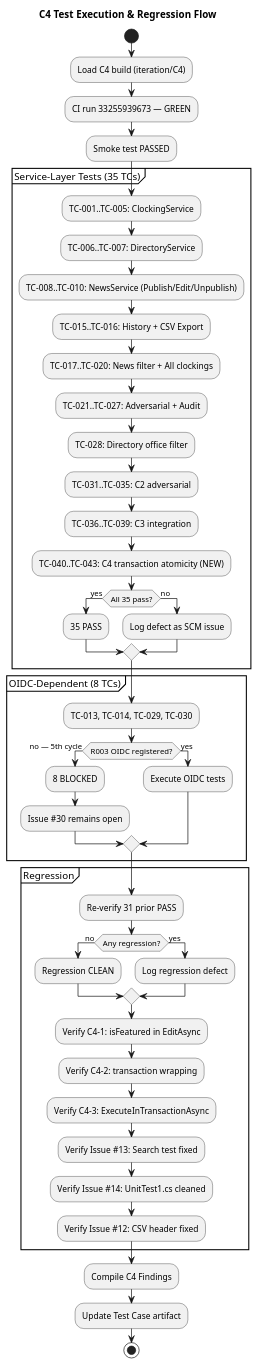
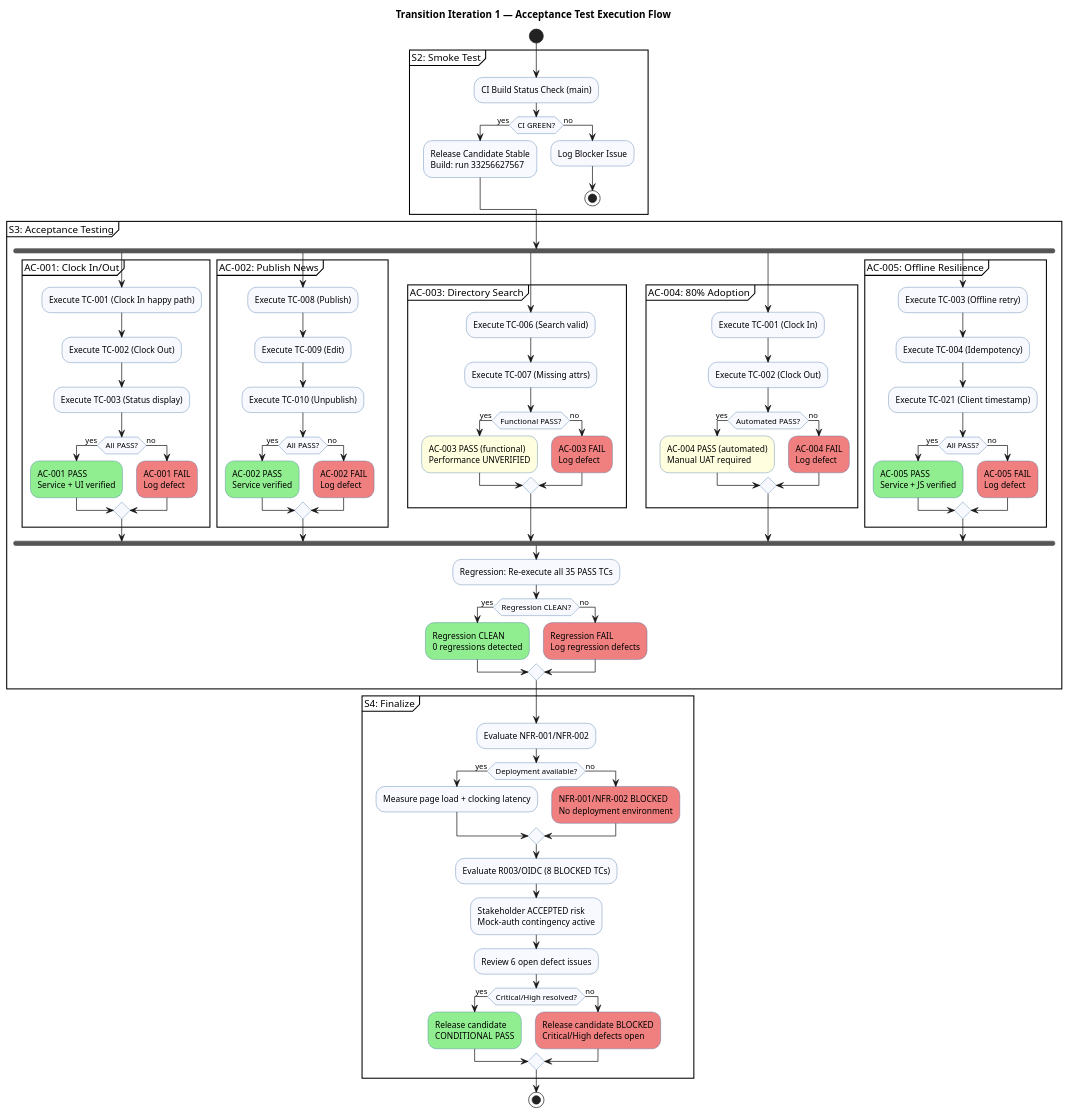
The first of 2 diagrams in docs/artifacts/test/test-case.md (banense-test/portal-cuba-corp), drawn with PlantUML before and after one commit. The commit also changed other lines of this file, not shown here.

First line of the commit message:
Tester [T1]: upsert Test Case

````diff
--- a/docs/artifacts/test/test-case.md
+++ b/docs/artifacts/test/test-case.md
@@ -54,57 +116,106 @@
 ```plantuml
 @startuml
-title C4 Test Execution & Regression Flow
+title Transition Iteration 1 — Acceptance Test Execution Flow
+
+skinparam activityBackgroundColor #F8F8FF
+skinparam activityBorderColor #336699
+skinparam shadowing false
 
 start
-:Load C4 build (iteration/C4);
-:CI run 33255939673 — GREEN;
-:Smoke test PASSED;
 
-partition "Service-Layer Tests (35 TCs)" {
-  :TC-001..TC-005: ClockingService;
-  :TC-006..TC-007: DirectoryService;
-  :TC-008..TC-010: NewsService (Publish/Edit/Unpublish);
-  :TC-015..TC-016: History + CSV Export;
-  :TC-017..TC-020: News filter + All clockings;
-  :TC-021..TC-027: Adversarial + Audit;
-  :TC-028: Directory office filter;
-  :TC-031..TC-035: C2 adversarial;
-  :TC-036..TC-039: C3 integration;
-  :TC-040..TC-043: C4 transaction atomicity (NEW);
-  if (All 35 pass?) then (yes)
-    :35 PASS;
+partition "S2: Smoke Test" {
+  :CI Build Status Check (main);
+  if (CI GREEN?) then (yes)
+    :Release Candidate Stable\nBuild: run 33256627567;
   else (no)
-    :Log defect as SCM issue;
+    :Log Blocker Issue;
+    stop
   endif
 }
 
-partition "OIDC-Dependent (8 TCs)" {
-  :TC-013, TC-014, TC-029, TC-030;
-  if (R003 OIDC registered?) then (no — 5th cycle)
-    :8 BLOCKED;
-    :Issue #30 remains open;
-  else (yes)
-    :Execute OIDC tests;
+partition "S3: Acceptance Testing" {
+  
+  fork
+    partition "AC-001: Clock In/Out" {
+      :Execute TC-001 (Clock In happy path);
+      :Execute TC-002 (Clock Out);
+      :Execute TC-003 (Status display);
+      if (All PASS?) then (yes)
+        #LightGreen:AC-001 PASS\nService + UI verified;
+      else (no)
+        #LightCoral:AC-001 FAIL\nLog defect;
+      endif
+    }
+  fork again
+    partition "AC-002: Publish News" {
+      :Execute TC-008 (Publish);
+      :Execute TC-009 (Edit);
+      :Execute TC-010 (Unpublish);
+      if (All PASS?) then (yes)
+        #LightGreen:AC-002 PASS\nService verified;
+      else (no)
+        #LightCoral:AC-002 FAIL\nLog defect;
+      endif
+    }
+  fork again
+    partition "AC-003: Directory Search" {
+      :Execute TC-006 (Search valid);
+      :Execute TC-007 (Missing attrs);
+      if (Functional PASS?) then (yes)
+        #LightYellow:AC-003 PASS (functional)\nPerformance UNVERIFIED;
+      else (no)
+        #LightCoral:AC-003 FAIL\nLog defect;
+      endif
+    }
+  fork again
+    partition "AC-004: 80% Adoption" {
+      :Execute TC-001 (Clock In);
+      :Execute TC-002 (Clock Out);
+      if (Automated PASS?) then (yes)
+        #LightYellow:AC-004 PASS (automated)\nManual UAT required;
+      else (no)
+        #LightCoral:AC-004 FAIL\nLog defect;
+      endif
+    }
+  fork again
+    partition "AC-005: Offline Resilience" {
+      :Execute TC-003 (Offline retry);
+      :Execute TC-004 (Idempotency);
+      :Execute TC-021 (Client timestamp);
+      if (All PASS?) then (yes)
+        #LightGreen:AC-005 PASS\nService + JS verified;
+      else (no)
+        #LightCoral:AC-005 FAIL\nLog defect;
+      endif
+    }
+  end fork
+  
+  :Regression: Re-execute all 35 PASS TCs;
+  if (Regression CLEAN?) then (yes)
+    #LightGreen:Regression CLEAN\n0 regressions detected;
+  else (no)
+    #LightCoral:Regression FAIL\nLog regression defects;
   endif
 }
 
-partition "Regression" {
-  :Re-verify 31 prior PASS;
-  if (Any regression?) then (no)
-    :Regression CLEAN;
-  else (yes)
-    :Log regression defect;
+partition "S4: Finalize" {
+  :Evaluate NFR-001/NFR-002;
+  if (Deployment available?) then (yes)
+    :Measure page load + clocking latency;
+  else (no)
+    #LightCoral:NFR-001/NFR-002 BLOCKED\nNo deployment environment;
   endif
-  :Verify C4-1: isFeatured in EditAsync;
-  :Verify C4-2: transaction wrapping;
-  :Verify C4-3: ExecuteInTransactionAsync;
-  :Verify Issue #13: Search test fixed;
-  :Verify Issue #14: UnitTest1.cs cleaned;
-  :Verify Issue #12: CSV header fixed;
+  
+  :Evaluate R003/OIDC (8 BLOCKED TCs);
+  :Stakeholder ACCEPTED risk\nMock-auth contingency active;
+  
+  :Review 6 open defect issues;
+  if (Critical/High resolved?) then (yes)
+    #LightGreen:Release candidate\nCONDITIONAL PASS;
+  else (no)
+    #LightCoral:Release candidate BLOCKED\nCritical/High defects open;
+  endif
 }
-
-:Compile C4 Findings;
-:Update Test Case artifact;
 
 stop
 @enduml
````
